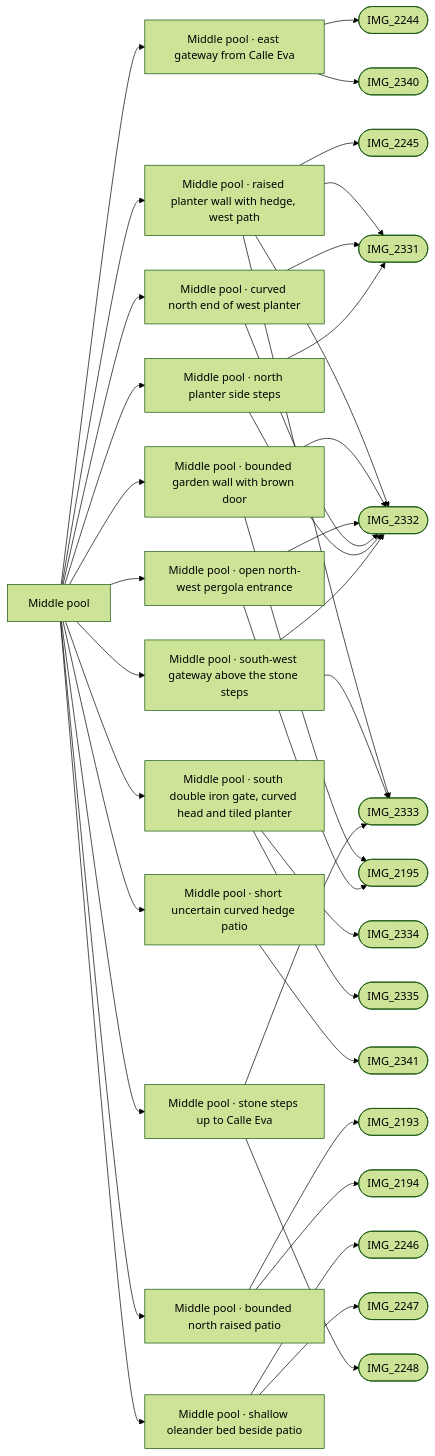
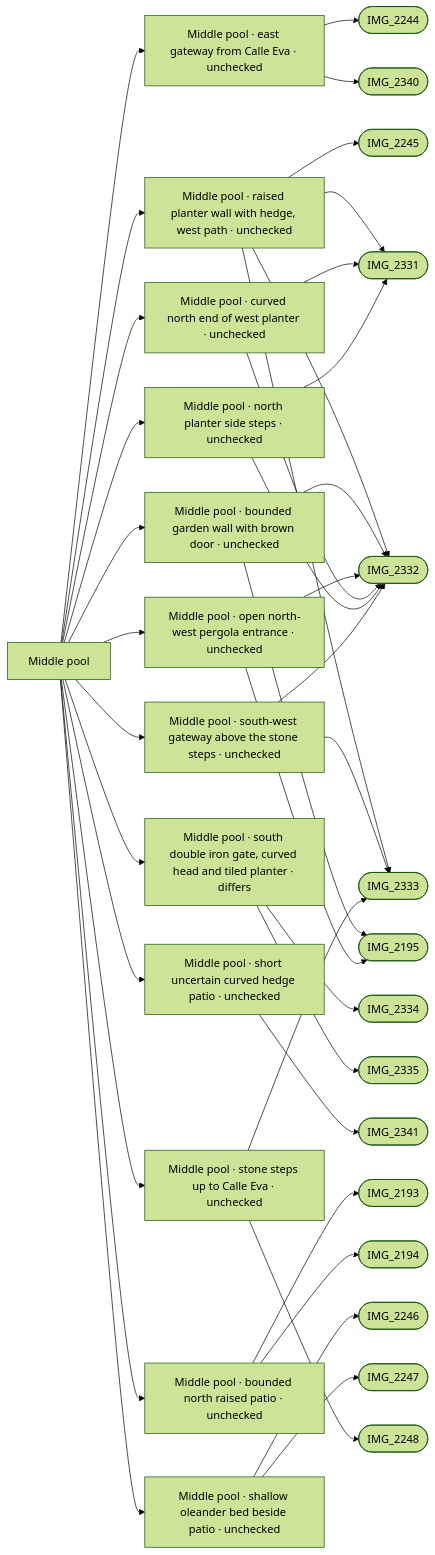
Before and after one commit to daveyboyc/villacana-venture: the diagram in refs/areas/middle-pool.md, drawn with Mermaid (forest theme). The commit also changed other lines of this file and 47 other files, not shown here.

````diff
--- a/refs/areas/middle-pool.md
+++ b/refs/areas/middle-pool.md
@@ -47,41 +56,41 @@
 ```mermaid
 graph LR
   A["Middle pool"]
-  A --> F0["Middle pool · east gateway from Calle Eva"]
+  A --> F0["Middle pool · east gateway from Calle Eva · unchecked"]
   F0 --> PIMG_2244_jpg(["IMG_2244"])
   F0 --> PIMG_2340_jpg(["IMG_2340"])
-  A --> F1["Middle pool · raised planter wall with hedge, west path"]
+  A --> F1["Middle pool · raised planter wall with hedge, west path · unchecked"]
   F1 --> PIMG_2245_jpg(["IMG_2245"])
   F1 --> PIMG_2331_jpg(["IMG_2331"])
   F1 --> PIMG_2332_jpg(["IMG_2332"])
   F1 --> PIMG_2333_jpg(["IMG_2333"])
-  A --> F2["Middle pool · bounded garden wall with brown door"]
+  A --> F2["Middle pool · bounded garden wall with brown door · unchecked"]
   F2 --> PIMG_2195_jpg(["IMG_2195"])
   F2 --> PIMG_2332_jpg(["IMG_2332"])
-  A --> F3["Middle pool · open north-west pergola entrance"]
+  A --> F3["Middle pool · open north-west pergola entrance · unchecked"]
   F3 --> PIMG_2195_jpg(["IMG_2195"])
   F3 --> PIMG_2332_jpg(["IMG_2332"])
-  A --> F4["Middle pool · curved north end of west planter"]
+  A --> F4["Middle pool · curved north end of west planter · unchecked"]
   F4 --> PIMG_2331_jpg(["IMG_2331"])
   F4 --> PIMG_2332_jpg(["IMG_2332"])
-  A --> F5["Middle pool · north planter side steps"]
+  A --> F5["Middle pool · north planter side steps · unchecked"]
   F5 --> PIMG_2331_jpg(["IMG_2331"])
   F5 --> PIMG_2332_jpg(["IMG_2332"])
-  A --> F6["Middle pool · south double iron gate, curved head and tiled planter"]
+  A --> F6["Middle pool · south double iron gate, curved head and tiled planter · differs"]
   F6 --> PIMG_2334_jpg(["IMG_2334"])
   F6 --> PIMG_2335_jpg(["IMG_2335"])
-  A --> F7["Middle pool · south-west gateway above the stone steps"]
+  A --> F7["Middle pool · south-west gateway above the stone steps · unchecked"]
   F7 --> PIMG_2332_jpg(["IMG_2332"])
   F7 --> PIMG_2333_jpg(["IMG_2333"])
-  A --> F8["Middle pool · short uncertain curved hedge patio"]
+  A --> F8["Middle pool · short uncertain curved hedge patio · unchecked"]
   F8 --> PIMG_2341_jpg(["IMG_2341"])
-  A --> F9["Middle pool · bounded north raised patio"]
+  A --> F9["Middle pool · bounded north raised patio · unchecked"]
   F9 --> PIMG_2193_jpg(["IMG_2193"])
   F9 --> PIMG_2194_jpg(["IMG_2194"])
-  A --> F10["Middle pool · shallow oleander bed beside patio"]
+  A --> F10["Middle pool · shallow oleander bed beside patio · unchecked"]
   F10 --> PIMG_2246_jpg(["IMG_2246"])
   F10 --> PIMG_2247_jpg(["IMG_2247"])
-  A --> F11["Middle pool · stone steps up to Calle Eva"]
+  A --> F11["Middle pool · stone steps up to Calle Eva · unchecked"]
   F11 --> PIMG_2248_jpg(["IMG_2248"])
   F11 --> PIMG_2333_jpg(["IMG_2333"])
 ```
````
